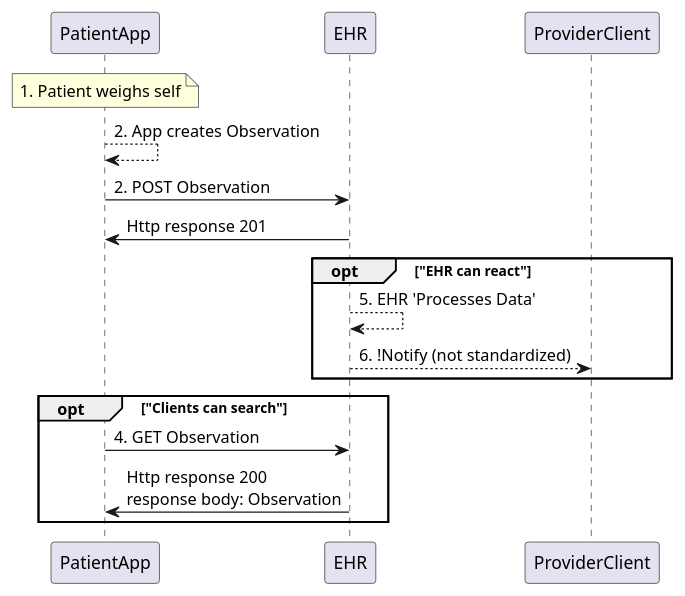
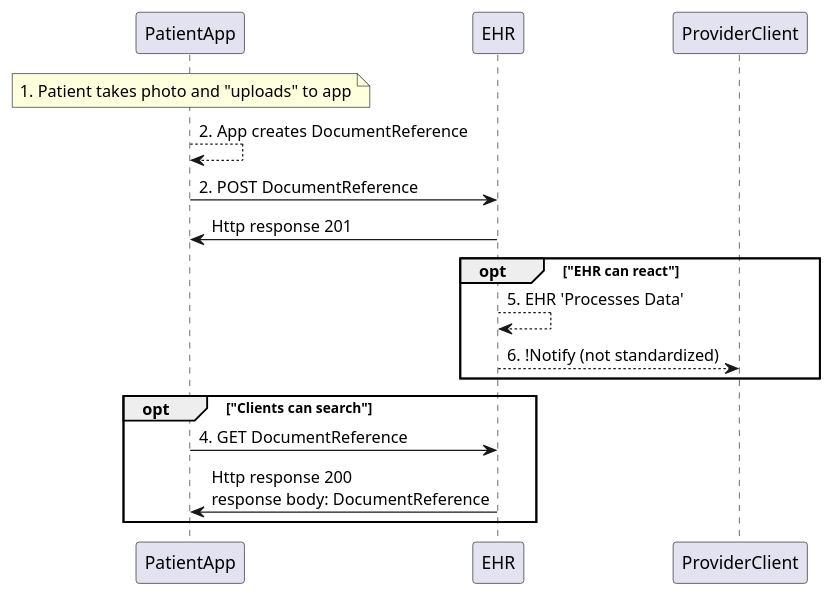
The diagram in notes/Use Case 2.md (argonautproject/argo-write), drawn with PlantUML before and after one commit. The commit also changed other lines of this file, not shown here.

````diff
--- a/notes/Use Case 2.md
+++ b/notes/Use Case 2.md
@@ -28,21 +30,21 @@
 ```plantuml
 @startuml
  
 Participant PatientApp 
 Participant EHR
 Participant ProviderClient 
-    Note over PatientApp: 1. Patient weighs self
-    PatientApp-->PatientApp: 2. App creates Observation
-    PatientApp->EHR: 2. POST Observation
+    Note over PatientApp: 1. Patient takes photo and "uploads" to app
+    PatientApp-->PatientApp: 2. App creates DocumentReference
+    PatientApp->EHR: 2. POST DocumentReference
     EHR->PatientApp: Http response 201
 
     Opt "EHR can react"
         EHR-->EHR:5. EHR 'Processes Data'
         EHR-->ProviderClient:6. !Notify (not standardized)
     End
     Opt "Clients can search"
-        PatientApp -> EHR: 4. GET Observation
-        EHR->PatientApp: Http response 200\nresponse body: Observation
+        PatientApp -> EHR: 4. GET DocumentReference
+        EHR->PatientApp: Http response 200\nresponse body: DocumentReference
     End   
 @enduml
 ```
````
